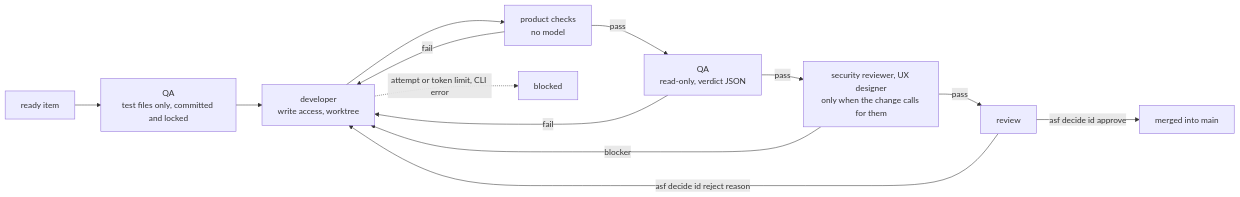
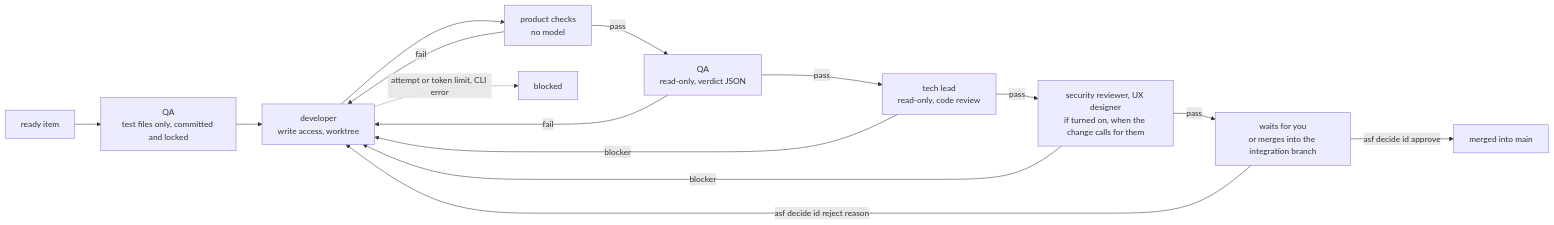
The diagram in README.md (Tech-Expansion/agentic-software-factory), drawn with Mermaid before and after one commit. The commit also changed other lines of this file and 5 other files, not shown here.

First line of the commit message:
docs: the client decides, the tech lead reviews

````diff
--- a/README.md
+++ b/README.md
@@ -38,15 +42,17 @@
 ```mermaid
 flowchart LR
   R[ready item] --> T[QA<br/>test files only, committed and locked]
   T --> B[developer<br/>write access, worktree]
   B --> C[product checks<br/>no model]
   C -->|fail| B
   C -->|pass| V[QA<br/>read-only, verdict JSON]
   V -->|fail| B
-  V -->|pass| S[security reviewer, UX designer<br/>only when the change calls for them]
+  V -->|pass| L[tech lead<br/>read-only, code review]
+  L -->|blocker| B
+  L -->|pass| S[security reviewer, UX designer<br/>if turned on, when the change calls for them]
   S -->|blocker| B
-  S -->|pass| W[review]
+  S -->|pass| W[waits for you<br/>or merges into the integration branch]
   W -->|asf decide id approve| M[merged into main]
   W -->|asf decide id reject reason| B
   B -.->|attempt or token limit, CLI error| X[blocked]
 ```
````
